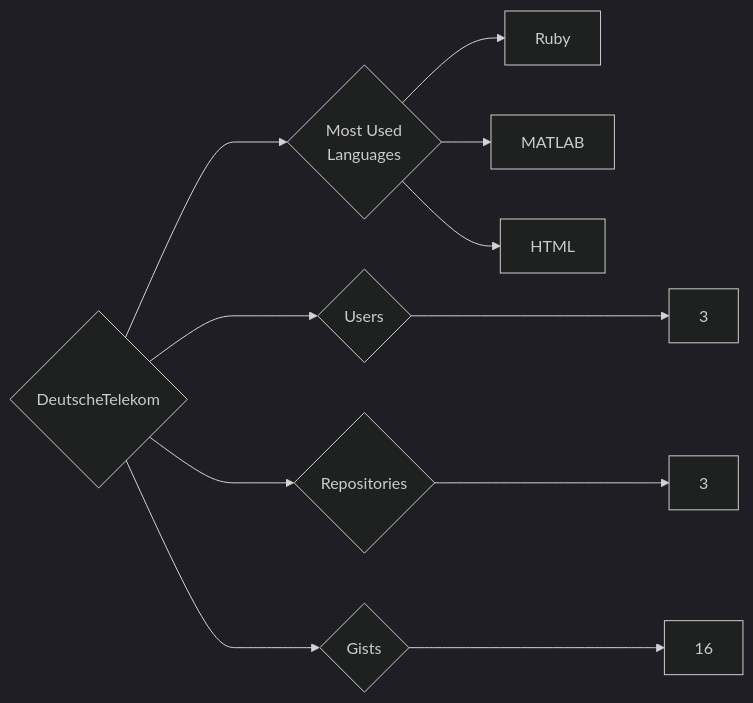
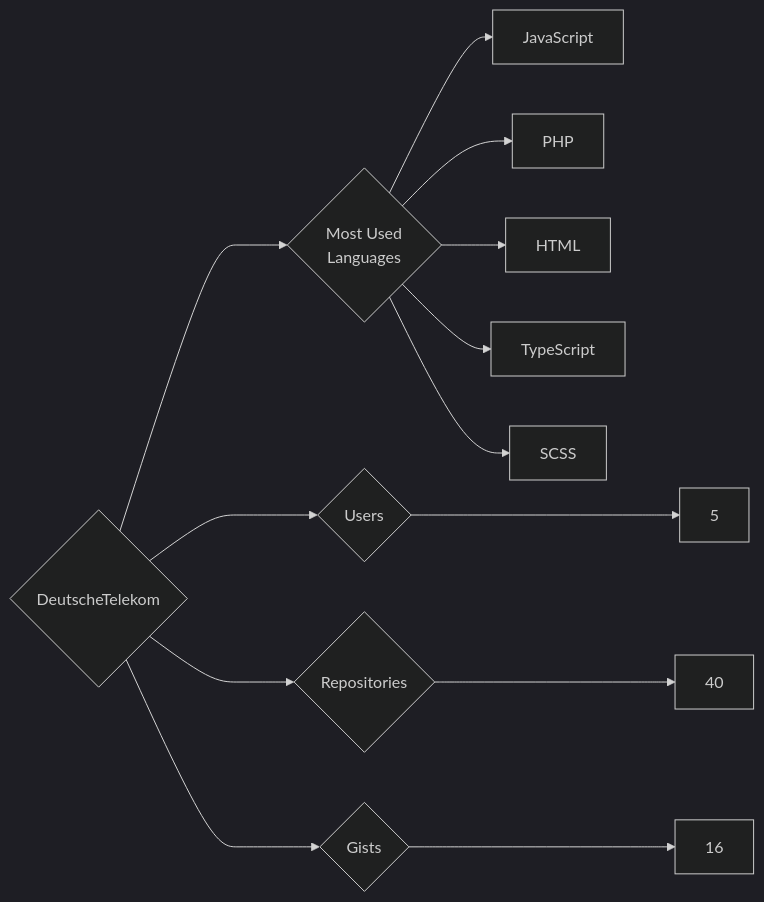
The diagram in targets/DeutscheTelekom/README.md (trickest/insiders), drawn with Mermaid (dark theme) before and after one commit. The commit also changed 1175 other files, not shown here.

````diff
--- a/targets/DeutscheTelekom/README.md
+++ b/targets/DeutscheTelekom/README.md
@@ -3,11 +3,13 @@
 ```mermaid
 graph LR
 COMPANY_NAME{DeutscheTelekom}
-COMPANY_NAME ---> U{Users} ---> UN[3]
-COMPANY_NAME ---> R{Repositories} ---> RN[3]
+COMPANY_NAME ---> U{Users} ---> UN[5]
+COMPANY_NAME ---> R{Repositories} ---> RN[40]
 COMPANY_NAME ---> G{Gists} ---> GN[16]
 COMPANY_NAME ---> ML{Most Used<br>Languages}
-ML --> Ruby[Ruby]
-ML --> MATLAB[MATLAB]
+ML --> JavaScript[JavaScript]
+ML --> PHP[PHP]
 ML --> HTML[HTML]
+ML --> TypeScript[TypeScript]
+ML --> SCSS[SCSS]
 ```
````
